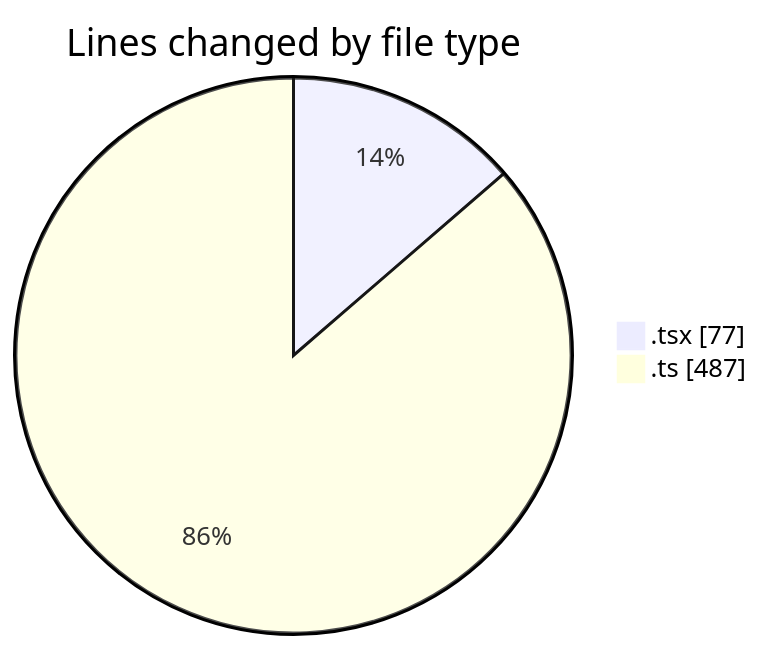
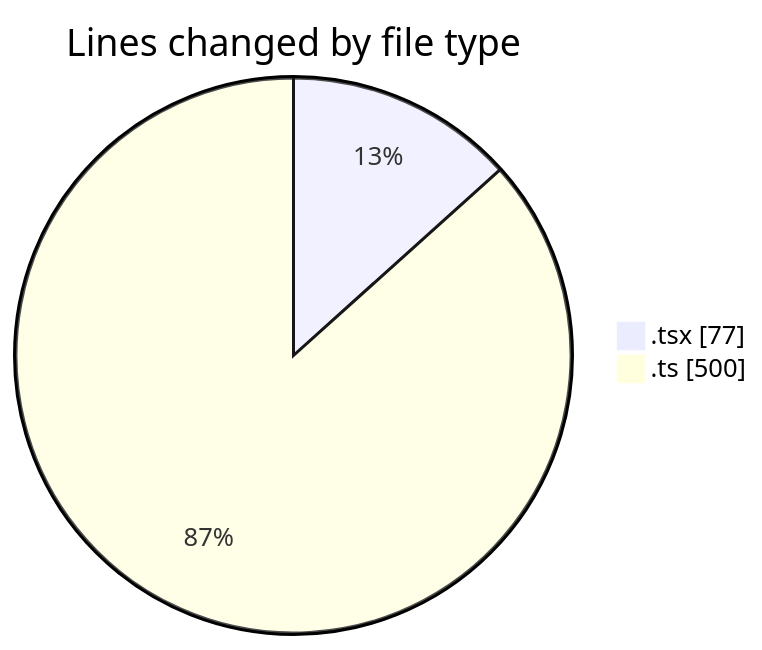
One commit to robertbonfada/code-tracking changed the first of 2 diagrams in 2025-01-22/mbc-web/README.md. Above: the diagram before and after it, drawn with Mermaid. The commit also changed other lines of this file and 1 other file, not shown here.

````diff
--- a/2025-01-22/mbc-web/README.md
+++ b/2025-01-22/mbc-web/README.md
@@ -23,6 +23,6 @@
 ```mermaid
 pie showData
 title Lines changed by file type
 ".tsx" : 77
-".ts" : 487
+".ts" : 500
 ```
````
